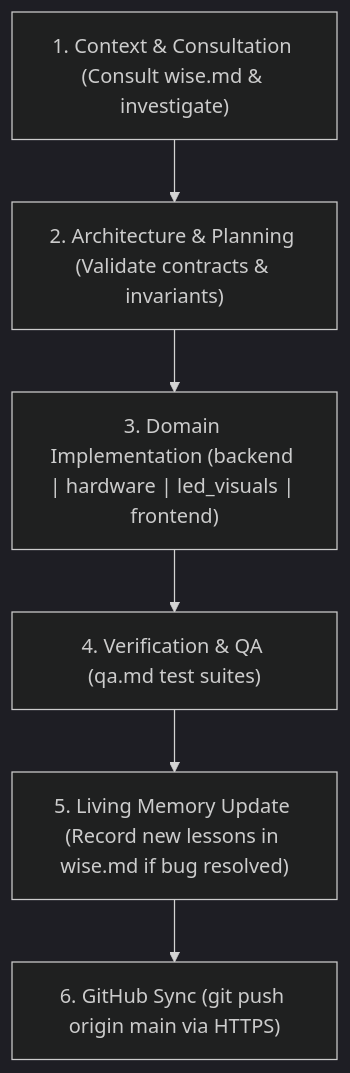
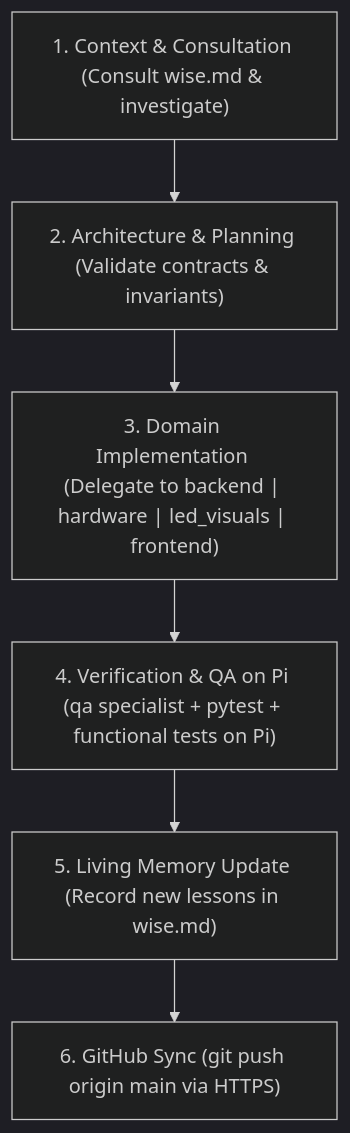
Before and after one commit to Niorb/Smart-Chess-Board: the diagram in AGENTS.md, drawn with Mermaid (dark theme). The commit also changed other lines of this file and 1 other file, not shown here.

Commit message:
chore(qa): codify mandatory fleet workflow and add comprehensive end-to-end hardware verification suite

````diff
--- a/AGENTS.md
+++ b/AGENTS.md
@@ -54,8 +59,8 @@
 ```mermaid
 graph TD
     A["1. Context & Consultation (Consult wise.md & investigate)"] --> B["2. Architecture & Planning (Validate contracts & invariants)"]
-    B --> C["3. Domain Implementation (backend | hardware | led_visuals | frontend)"]
-    C --> D["4. Verification & QA (qa.md test suites)"]
-    D --> E["5. Living Memory Update (Record new lessons in wise.md if bug resolved)"]
+    B --> C["3. Domain Implementation (Delegate to backend | hardware | led_visuals | frontend)"]
+    C --> D["4. Verification & QA on Pi (qa specialist + pytest + functional tests on Pi)"]
+    D --> E["5. Living Memory Update (Record new lessons in wise.md)"]
     E --> F["6. GitHub Sync (git push origin main via HTTPS)"]
 ```
````
